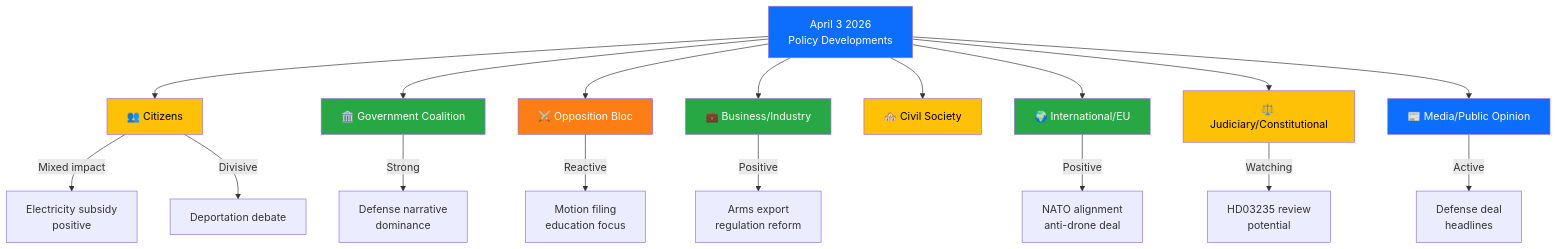
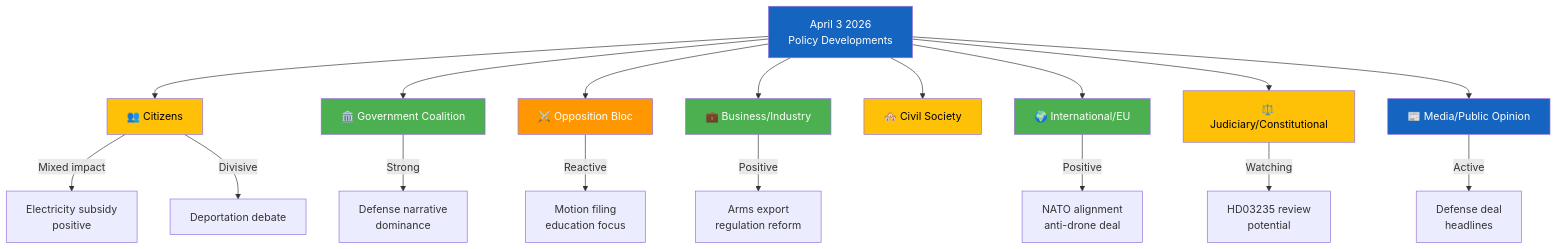
Before and after one commit to Hack23/riksdagsmonitor: the diagram in analysis/daily/2026-04-03/evening-analysis/stakeholder-perspectives.md, drawn with Mermaid. The commit also changed 785 other files, not shown here.

First line of the commit message:
Normalize mermaid colors across 786 analysis artifacts to ISMS Style Guide palette

````diff
--- a/analysis/daily/2026-04-03/evening-analysis/stakeholder-perspectives.md
+++ b/analysis/daily/2026-04-03/evening-analysis/stakeholder-perspectives.md
@@ -10,28 +10,28 @@
 ```mermaid
 graph TB
     CENTER[April 3 2026<br/>Policy Developments] --> CIT[👥 Citizens]
     CENTER --> GOV[🏛️ Government Coalition]
     CENTER --> OPP[⚔️ Opposition Bloc]
     CENTER --> BIZ[💼 Business/Industry]
     CENTER --> CIV[🏘️ Civil Society]
     CENTER --> INT[🌍 International/EU]
     CENTER --> JUD[⚖️ Judiciary/Constitutional]
     CENTER --> MED[📰 Media/Public Opinion]
     CIT -->|"Mixed impact"| CIT1[Electricity subsidy<br/>positive]
     CIT -->|"Divisive"| CIT2[Deportation debate]
     GOV -->|"Strong"| GOV1[Defense narrative<br/>dominance]
     OPP -->|"Reactive"| OPP1[Motion filing<br/>education focus]
     BIZ -->|"Positive"| BIZ1[Arms export<br/>regulation reform]
     INT -->|"Positive"| INT1[NATO alignment<br/>anti-drone deal]
     JUD -->|"Watching"| JUD1[HD03235 review<br/>potential]
     MED -->|"Active"| MED1[Defense deal<br/>headlines]
-    style CENTER fill:#0d6efd,color:#fff
-    style CIT fill:#ffc107,color:#000
-    style GOV fill:#28a745,color:#fff
-    style OPP fill:#fd7e14,color:#fff
-    style BIZ fill:#28a745,color:#fff
-    style INT fill:#28a745,color:#fff
-    style JUD fill:#ffc107,color:#000
-    style MED fill:#0d6efd,color:#fff
-    style CIV fill:#ffc107,color:#000
+    style CENTER fill:#1565C0,color:#FFFFFF
+    style CIT fill:#FFC107,color:#000000
+    style GOV fill:#4CAF50,color:#FFFFFF
+    style OPP fill:#FF9800,color:#FFFFFF
+    style BIZ fill:#4CAF50,color:#FFFFFF
+    style INT fill:#4CAF50,color:#FFFFFF
+    style JUD fill:#FFC107,color:#000000
+    style MED fill:#1565C0,color:#FFFFFF
+    style CIV fill:#FFC107,color:#000000
 ```
````
